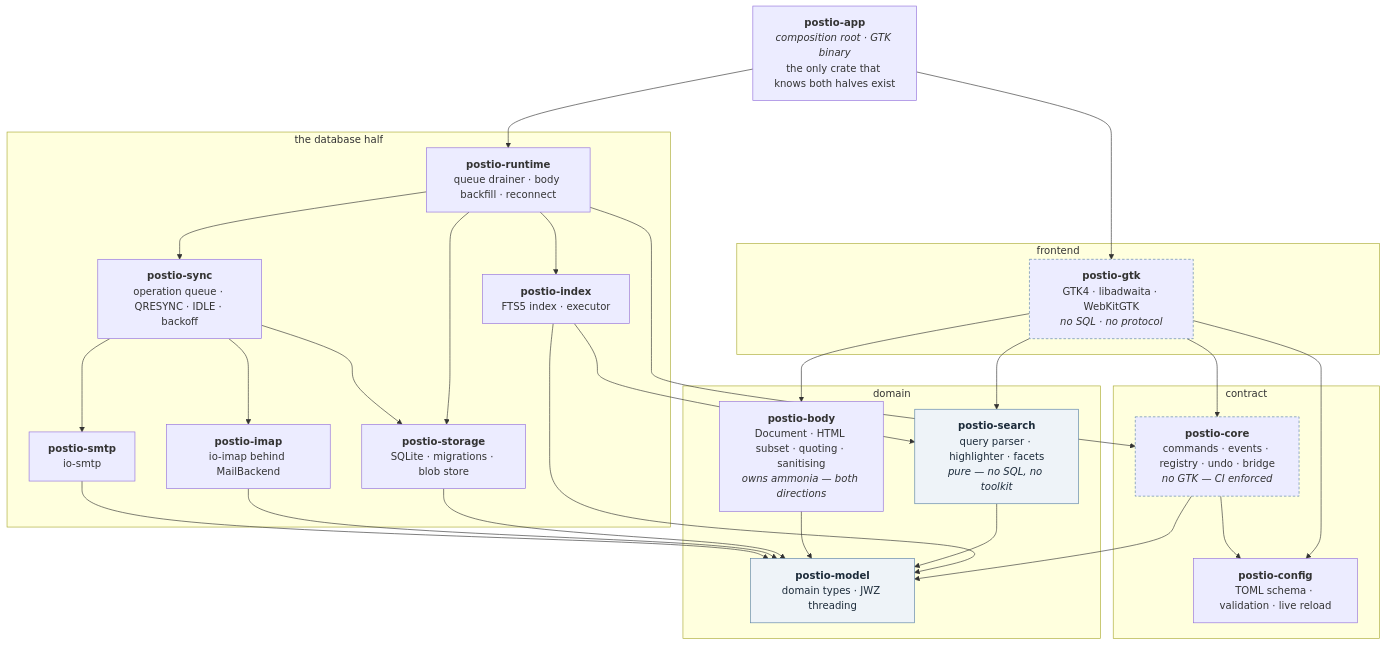
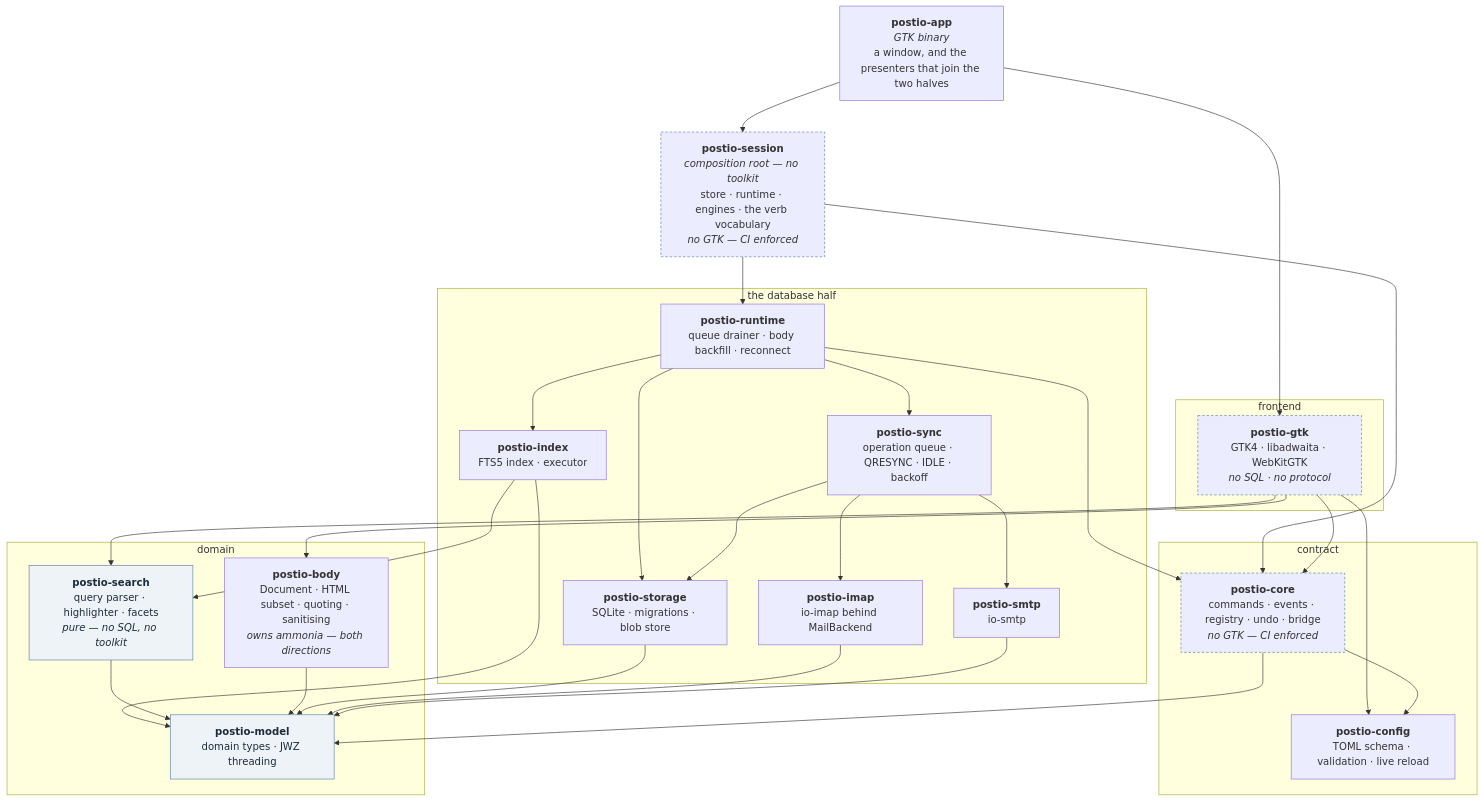
One commit to dlapiduz/postio changed the diagram in docs/ARCHITECTURE.md. Above: the diagram before and after it, drawn with Mermaid. The commit also changed other lines of this file and 27 other files, not shown here.

````diff
--- a/docs/ARCHITECTURE.md
+++ b/docs/ARCHITECTURE.md
@@ -15,56 +15,59 @@
 ```mermaid
 graph TD
-    app["<b>postio-app</b><br/><i>composition root · GTK binary</i><br/>the only crate that knows both halves exist"]
+    app["<b>postio-app</b><br/><i>GTK binary</i><br/>a window, and the presenters that join the two halves"]
+    session["<b>postio-session</b><br/><i>composition root — no toolkit</i><br/>store · runtime · engines · the verb vocabulary<br/><i>no GTK — CI enforced</i>"]
 
     subgraph view ["frontend"]
         gtk["<b>postio-gtk</b><br/>GTK4 · libadwaita · WebKitGTK<br/><i>no SQL · no protocol</i>"]
     end
 
     subgraph engine ["the database half"]
         runtime["<b>postio-runtime</b><br/>queue drainer · body backfill · reconnect"]
         sync["<b>postio-sync</b><br/>operation queue · QRESYNC · IDLE · backoff"]
         imap["<b>postio-imap</b><br/>io-imap behind MailBackend"]
         smtp["<b>postio-smtp</b><br/>io-smtp"]
         storage["<b>postio-storage</b><br/>SQLite · migrations · blob store"]
         index["<b>postio-index</b><br/>FTS5 index · executor"]
     end
 
     subgraph contract ["contract"]
         core["<b>postio-core</b><br/>commands · events · registry · undo · bridge<br/><i>no GTK — CI enforced</i>"]
         config["<b>postio-config</b><br/>TOML schema · validation · live reload"]
     end
 
     subgraph domain ["domain"]
         search["<b>postio-search</b><br/>query parser · highlighter · facets<br/><i>pure — no SQL, no toolkit</i>"]
         body["<b>postio-body</b><br/>Document · HTML subset · quoting · sanitising<br/><i>owns ammonia — both directions</i>"]
         model["<b>postio-model</b><br/>domain types · JWZ threading"]
     end
 
+    app --> session
     app --> gtk
-    app --> runtime
+    session --> runtime
+    session --> core
     gtk --> core
     gtk --> search
     gtk --> body
     gtk --> config
     runtime --> sync
     runtime --> index
     runtime --> core
     runtime --> storage
     sync --> imap
     sync --> smtp
     sync --> storage
     index --> search
     index --> model
     core --> config
     core --> model
     search --> model
     body --> model
     storage --> model
     imap --> model
     smtp --> model
 
     classDef pure fill:#eef3f8,stroke:#5980a6,color:#1c2b3a
     classDef guard stroke-dasharray:4 3,stroke:#5980a6
     class model,search pure
-    class core,gtk guard
+    class core,gtk,session guard
 ```
````
